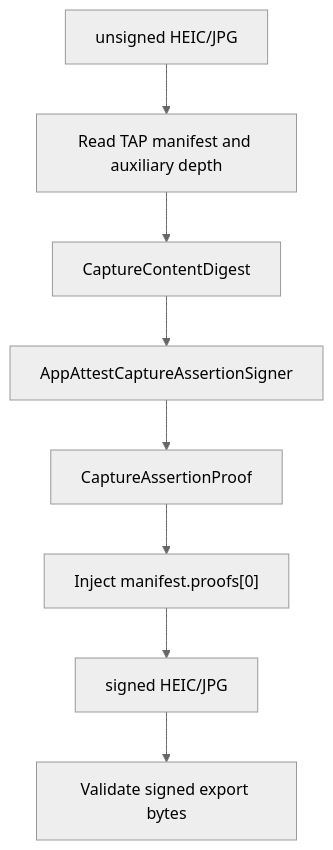
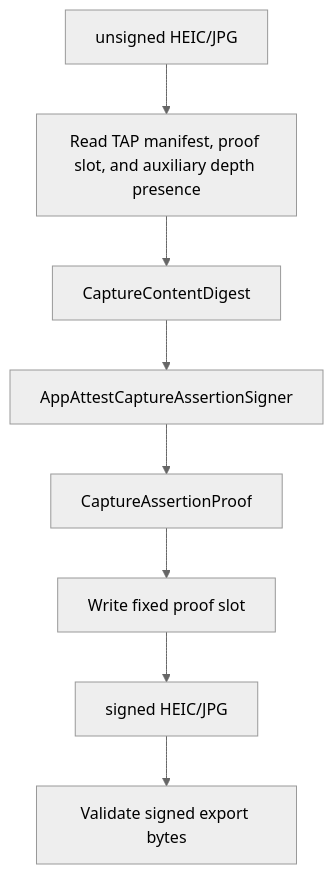
Before and after one commit to TAP-NAP/TAPCamDemo: the second of 2 diagrams in Docs/AppAttest/README.md, drawn with Mermaid (neutral theme). The commit also changed other lines of this file and 14 other files, not shown here.

Commit message:
Refactor TAPCam demo diagnostics flow and docs

````diff
--- a/Docs/AppAttest/README.md
+++ b/Docs/AppAttest/README.md
@@ -50,16 +50,16 @@
 ```mermaid
 flowchart TD
-    Unsigned["unsigned HEIC/JPG"] --> Reader["Read TAP manifest and auxiliary depth"]
+    Unsigned["unsigned HEIC/JPG"] --> Reader["Read TAP manifest, proof slot, and auxiliary depth presence"]
     Reader --> Digest["CaptureContentDigest"]
     Digest --> Signer["AppAttestCaptureAssertionSigner"]
     Signer --> Proof["CaptureAssertionProof"]
-    Proof --> Inject["Inject manifest.proofs[0]"]
+    Proof --> Inject["Write fixed proof slot"]
     Inject --> Signed["signed HEIC/JPG"]
     Signed --> Validate["Validate signed export bytes"]
 
     click Reader "../../TAPCamDemo/DepthAnalysis/DepthAnalysisReader.swift"
     click Digest "../../TAPCamDemo/CameraCapture/Output/CaptureContentDigest.swift"
     click Signer "../../TAPCamDemo/CameraCapture/Output/AppAttestCaptureAssertionSigner.swift"
-    click Inject "../../TAPCamDemo/CameraCapture/Output/TAPDepthHEICWriter.swift"
+    click Inject "../../TAPCamDemo/CameraCapture/Output/CaptureContentDigest.swift"
     click Validate "../../TAPCamDemo/CameraCapture/Output/TAPCaptureProvenanceWriter.swift"
 ```
````
